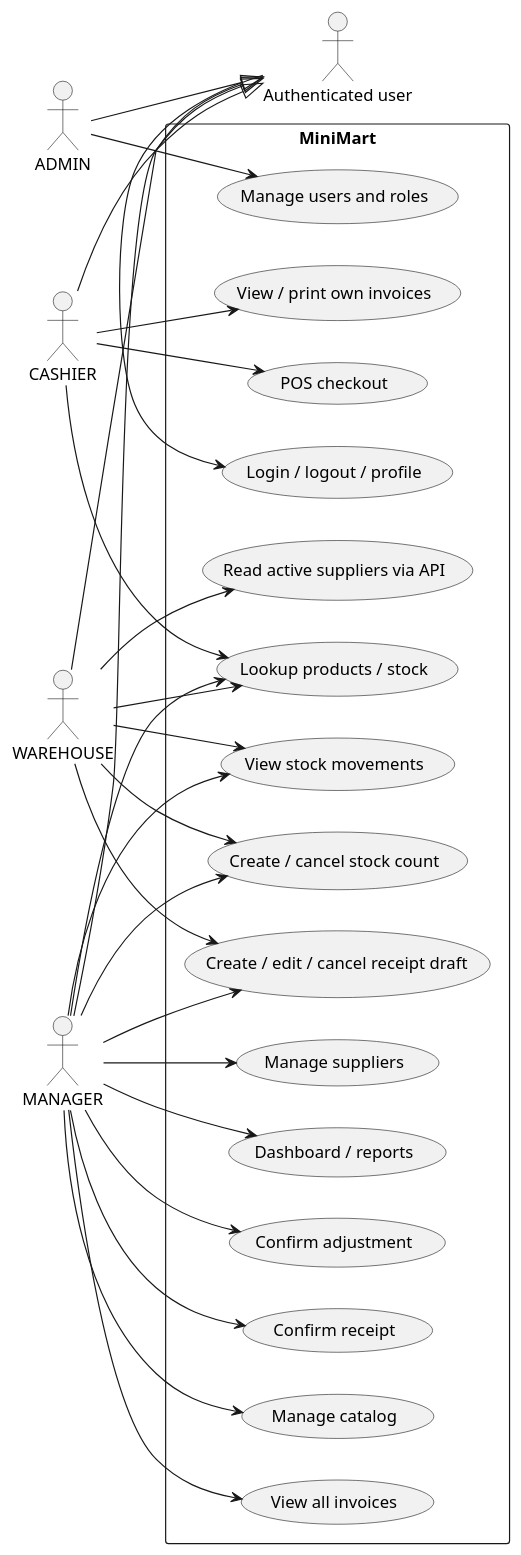
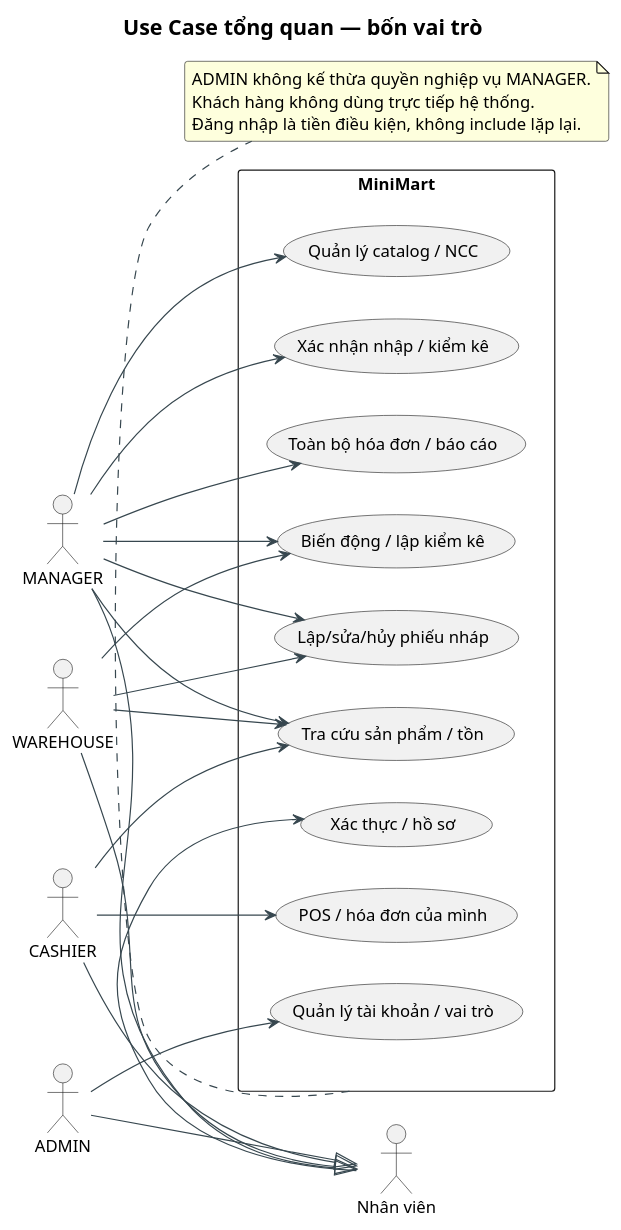
The diagram in docs/uml/use-case-overview.puml (dnk22/kien-truc-phan-mem), drawn with PlantUML before and after one commit. The commit also changed 320 other files, not shown here.

```diff
--- a/docs/uml/use-case-overview.puml
+++ b/docs/uml/use-case-overview.puml
@@ -1,49 +1,54 @@
 @startuml
+skinparam backgroundColor white
+skinparam shadowing false
+skinparam defaultFontName Arial
+skinparam defaultFontSize 14
+skinparam titleFontSize 18
+skinparam roundcorner 5
+skinparam ArrowColor #37474F
+skinparam classBackgroundColor #F7FAFC
+skinparam classBorderColor #456575
+skinparam packageBackgroundColor white
+skinparam componentStyle rectangle
+hide empty members
+title Use Case tổng quan — bốn vai trò
 left to right direction
-actor "Authenticated user" as U
+actor "Nhân viên" as Staff
 actor ADMIN as A
 actor MANAGER as M
 actor CASHIER as C
 actor WAREHOUSE as W
-A --|> U
-M --|> U
-C --|> U
-W --|> U
+A --|> Staff
+M --|> Staff
+C --|> Staff
+W --|> Staff
 rectangle MiniMart {
- usecase "Login / logout / profile" as Auth
- usecase "Manage users and roles" as Users
- usecase "Manage catalog" as Catalog
- usecase "Lookup products / stock" as Lookup
- usecase "Manage suppliers" as Suppliers
- usecase "Read active suppliers via API" as SupplierRead
- usecase "Create / edit / cancel receipt draft" as Receipt
- usecase "Confirm receipt" as Confirm
- usecase "View stock movements" as Movements
- usecase "Create / cancel stock count" as Count
- usecase "Confirm adjustment" as Adjust
- usecase "POS checkout" as POS
- usecase "View / print own invoices" as Own
- usecase "View all invoices" as All
- usecase "Dashboard / reports" as Reports
+ usecase "Xác thực / hồ sơ" as Auth
+ usecase "Quản lý tài khoản / vai trò" as Users
+ usecase "Quản lý catalog / NCC" as Catalog
+ usecase "Tra cứu sản phẩm / tồn" as Lookup
+ usecase "Lập/sửa/hủy phiếu nháp" as Draft
+ usecase "Xác nhận nhập / kiểm kê" as Approve
+ usecase "Biến động / lập kiểm kê" as Count
+ usecase "POS / hóa đơn của mình" as POS
+ usecase "Toàn bộ hóa đơn / báo cáo" as Reports
 }
-U --> Auth
+Staff --> Auth
 A --> Users
 M --> Catalog
-M --> Suppliers
-W --> SupplierRead
 M --> Lookup
 C --> Lookup
 W --> Lookup
-M --> Receipt
-W --> Receipt
-M --> Confirm
-M --> Movements
-W --> Movements
+M --> Draft
+W --> Draft
+M --> Approve
 M --> Count
 W --> Count
-M --> Adjust
 C --> POS
-C --> Own
-M --> All
 M --> Reports
+note bottom of MiniMart
+ADMIN không kế thừa quyền nghiệp vụ MANAGER.
+Khách hàng không dùng trực tiếp hệ thống.
+Đăng nhập là tiền điều kiện, không include lặp lại.
+end note
 @enduml
```
